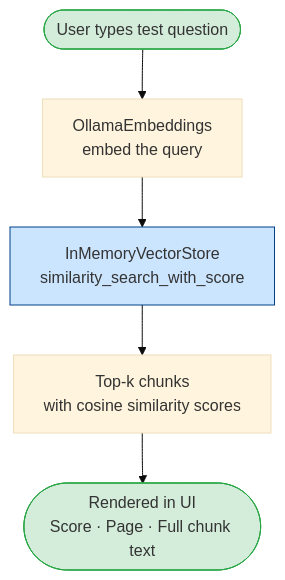
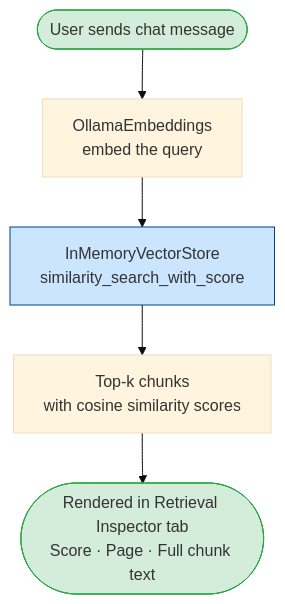
Before and after one commit to ramprasathsampathkumar/chat-sandbox: the third of 4 diagrams in ARCHITECTURE.md, drawn with Mermaid (base theme). The commit also changed other lines of this file and 3 other files, not shown here.

````diff
--- a/ARCHITECTURE.md
+++ b/ARCHITECTURE.md
@@ -72,11 +72,11 @@
 ```mermaid
 flowchart TD
-    A([User types test question]) --> B[OllamaEmbeddings\nembed the query]
+    A([User sends chat message]) --> B[OllamaEmbeddings\nembed the query]
     B --> C[InMemoryVectorStore\nsimilarity_search_with_score]
     C --> D[Top-k chunks\nwith cosine similarity scores]
-    D --> E([Rendered in UI\nScore · Page · Full chunk text])
+    D --> E([Rendered in Retrieval Inspector tab\nScore · Page · Full chunk text])
 
     style A fill:#d4edda,stroke:#28a745
     style E fill:#d4edda,stroke:#28a745
     style C fill:#cce5ff,stroke:#004085
 ```
````
